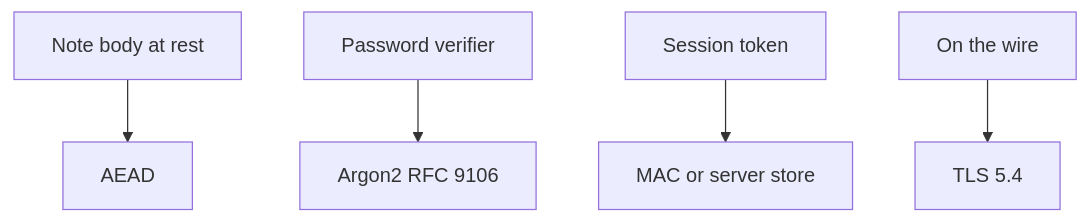
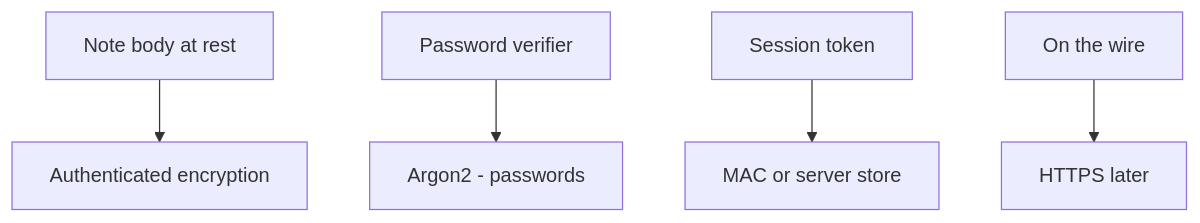
Before and after one commit to ishitvagoel/LearnSecurity: the first of 2 diagrams in content/modules/5/5.2/lessons/02-model.md, drawn with Mermaid. The commit also changed other lines of this file and 39 other files, not shown here.

````diff
--- a/content/modules/5/5.2/lessons/02-model.md
+++ b/content/modules/5/5.2/lessons/02-model.md
@@ -15,7 +16,7 @@
 ```mermaid
 flowchart TD
-  Body[Note body at rest] --> AEAD[AEAD]
-  Pw[Password verifier] --> Argon["Argon2 RFC 9106"]
+  Body[Note body at rest] --> AEAD[Authenticated encryption]
+  Pw[Password verifier] --> Argon["Argon2 - passwords"]
   Token[Session token] --> MAC[MAC or server store]
-  Transit[On the wire] --> TLS["TLS 5.4"]
+  Transit[On the wire] --> TLS[HTTPS later]
 ```
````
